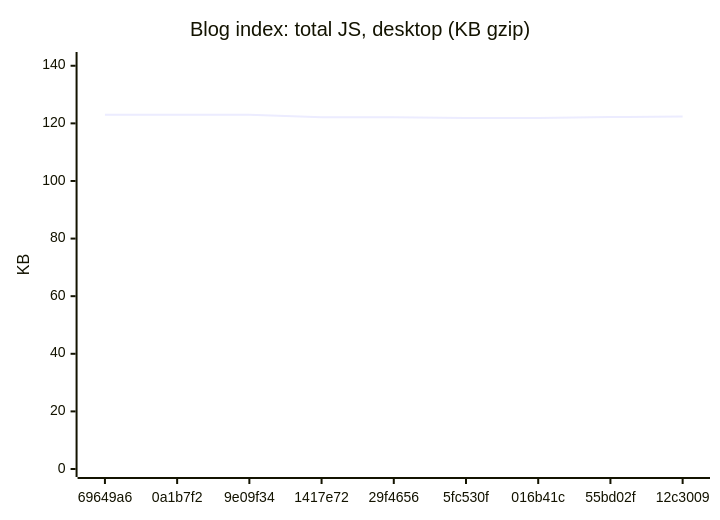
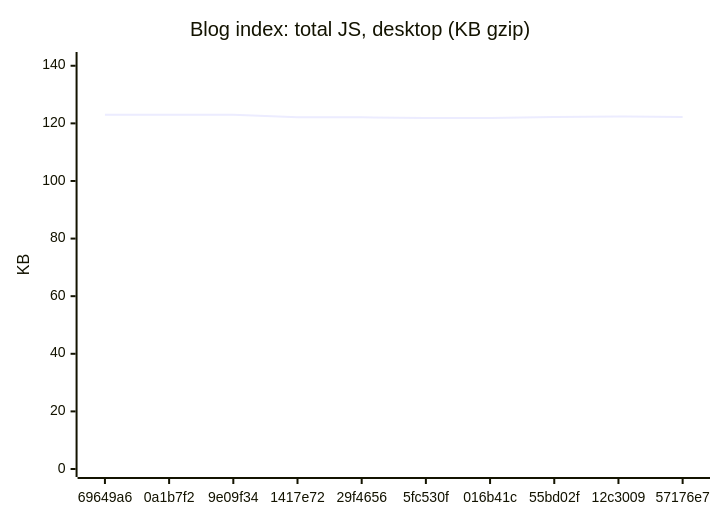
Before and after one commit to AxelUser/maltsev.space: the third of 18 diagrams in README.md, drawn with Mermaid. The commit also changed other lines of this file and 1 other file, not shown here.

````diff
--- a/README.md
+++ b/README.md
@@ -53,7 +53,7 @@
 ```mermaid
 xychart-beta
   title "Blog index: total JS, desktop (KB gzip)"
-  x-axis ["69649a6", "0a1b7f2", "9e09f34", "1417e72", "29f4656", "5fc530f", "016b41c", "55bd02f", "12c3009"]
+  x-axis ["69649a6", "0a1b7f2", "9e09f34", "1417e72", "29f4656", "5fc530f", "016b41c", "55bd02f", "12c3009", "57176e7"]
   y-axis "KB" 0 --> 142
-  line [123, 123, 123, 122.1, 122.1, 121.9, 121.9, 122.2, 122.4]
+  line [123, 123, 123, 122.1, 122.1, 121.9, 121.9, 122.2, 122.4, 122.2]
 ```
````
